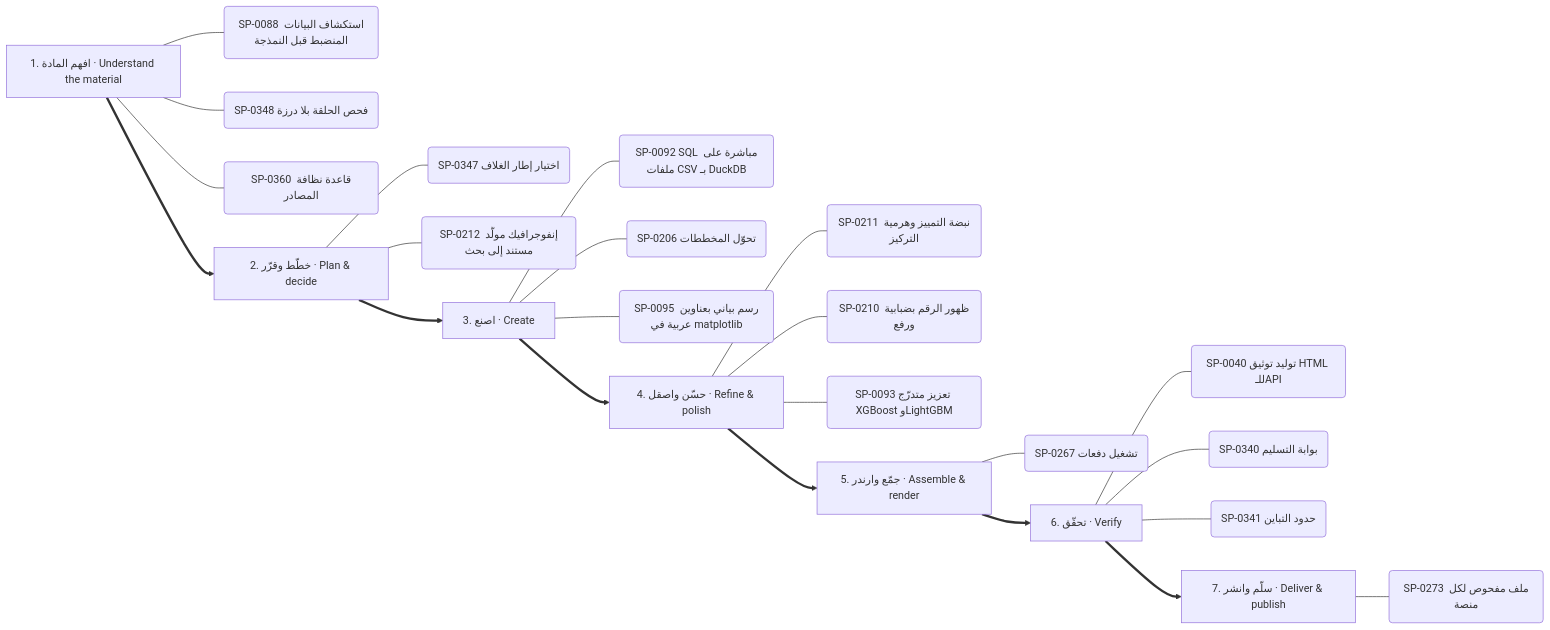
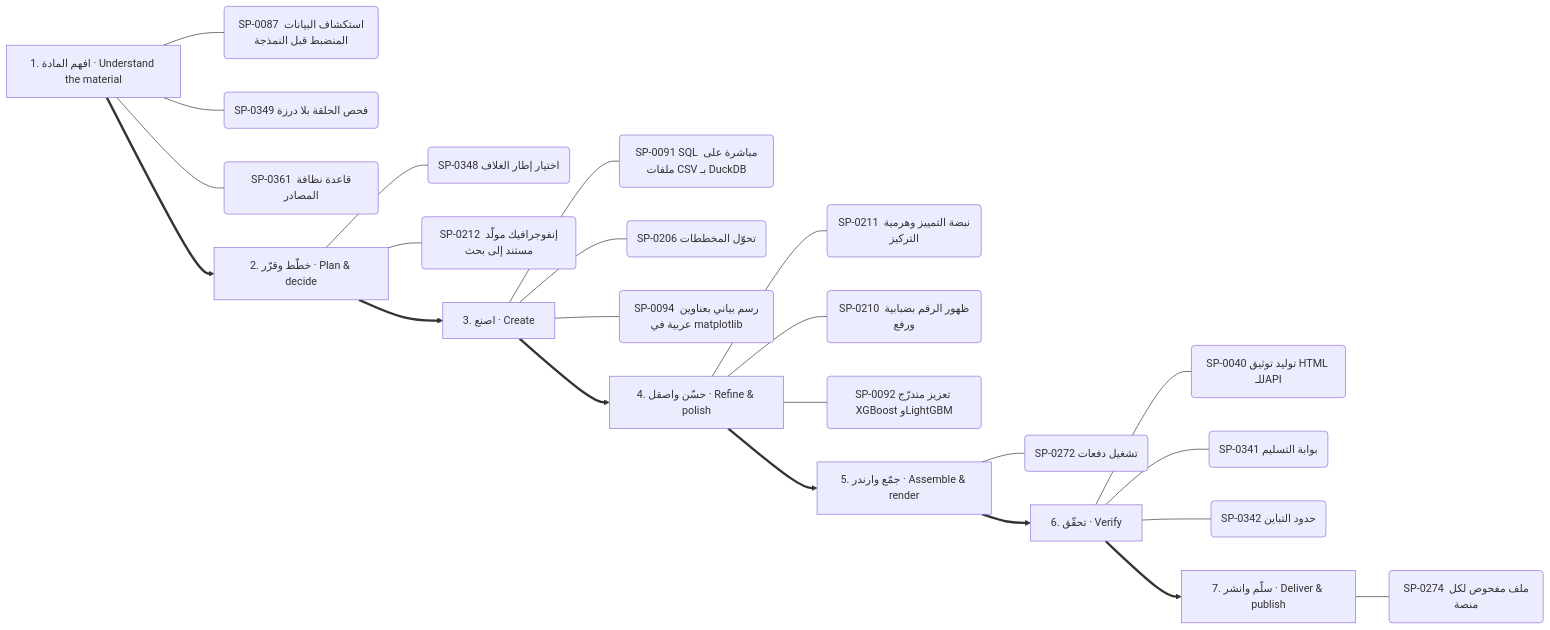
One commit to kosif199022-jpg/kosif-tool changed diagram 12 of 13 in .claude/skills/kosif-superpowers/references/capability-mindmap.md. Above: the diagram before and after it, drawn with Mermaid. The commit also changed other lines of this file and 35 other files, not shown here.

````diff
--- a/.claude/skills/kosif-superpowers/references/capability-mindmap.md
+++ b/.claude/skills/kosif-superpowers/references/capability-mindmap.md
@@ -592,32 +591,32 @@
 ```mermaid
 flowchart LR
   S0["1. افهم المادة · Understand the material"]
-  S0 --- S0_0("SP-0088 استكشاف البيانات المنضبط قبل النمذجة")
-  S0 --- S0_1("SP-0348 فحص الحلقة بلا درزة")
-  S0 --- S0_2("SP-0360 قاعدة نظافة المصادر")
+  S0 --- S0_0("SP-0087 استكشاف البيانات المنضبط قبل النمذجة")
+  S0 --- S0_1("SP-0349 فحص الحلقة بلا درزة")
+  S0 --- S0_2("SP-0361 قاعدة نظافة المصادر")
   S1["2. خطّط وقرّر · Plan & decide"]
-  S1 --- S1_0("SP-0347 اختيار إطار الغلاف")
+  S1 --- S1_0("SP-0348 اختيار إطار الغلاف")
   S1 --- S1_1("SP-0212 إنفوجرافيك مولَّد مستند إلى بحث")
   S0 ==> S1
   S2["3. اصنع · Create"]
-  S2 --- S2_0("SP-0092 SQL مباشرة على ملفات CSV بـ DuckDB")
+  S2 --- S2_0("SP-0091 SQL مباشرة على ملفات CSV بـ DuckDB")
   S2 --- S2_1("SP-0206 تحوّل المخططات")
-  S2 --- S2_2("SP-0095 رسم بياني بعناوين عربية في matplotlib")
+  S2 --- S2_2("SP-0094 رسم بياني بعناوين عربية في matplotlib")
   S1 ==> S2
   S3["4. حسّن واصقل · Refine & polish"]
   S3 --- S3_0("SP-0211 نبضة التمييز وهرمية التركيز")
   S3 --- S3_1("SP-0210 ظهور الرقم بضبابية ورفع")
-  S3 --- S3_2("SP-0093 تعزيز متدرّج XGBoost وLightGBM")
+  S3 --- S3_2("SP-0092 تعزيز متدرّج XGBoost وLightGBM")
   S2 ==> S3
   S4["5. جمّع وارندر · Assemble & render"]
-  S4 --- S4_0("SP-0267 تشغيل دفعات")
+  S4 --- S4_0("SP-0272 تشغيل دفعات")
   S3 ==> S4
   S5["6. تحقّق · Verify"]
   S5 --- S5_0("SP-0040 توليد توثيق HTML للـAPI")
-  S5 --- S5_1("SP-0340 بوابة التسليم")
-  S5 --- S5_2("SP-0341 حدود التباين")
+  S5 --- S5_1("SP-0341 بوابة التسليم")
+  S5 --- S5_2("SP-0342 حدود التباين")
   S4 ==> S5
   S6["7. سلّم وانشر · Deliver & publish"]
-  S6 --- S6_0("SP-0273 ملف مفحوص لكل منصة")
+  S6 --- S6_0("SP-0274 ملف مفحوص لكل منصة")
   S5 ==> S6
 ```
````
